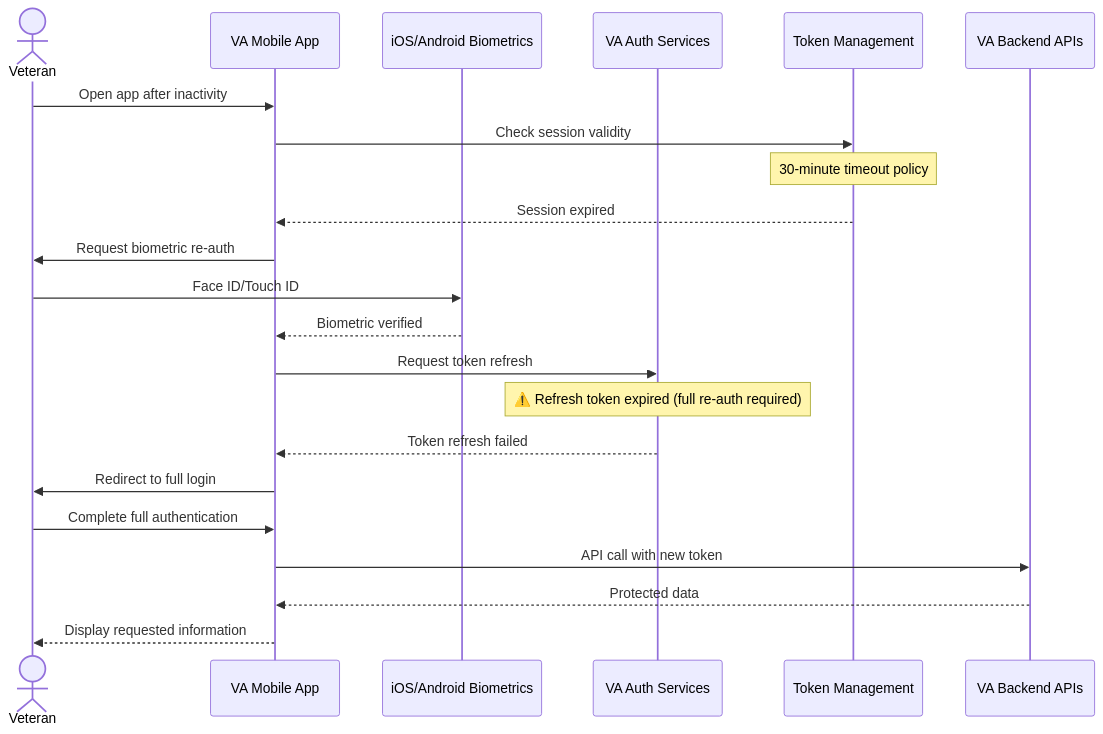
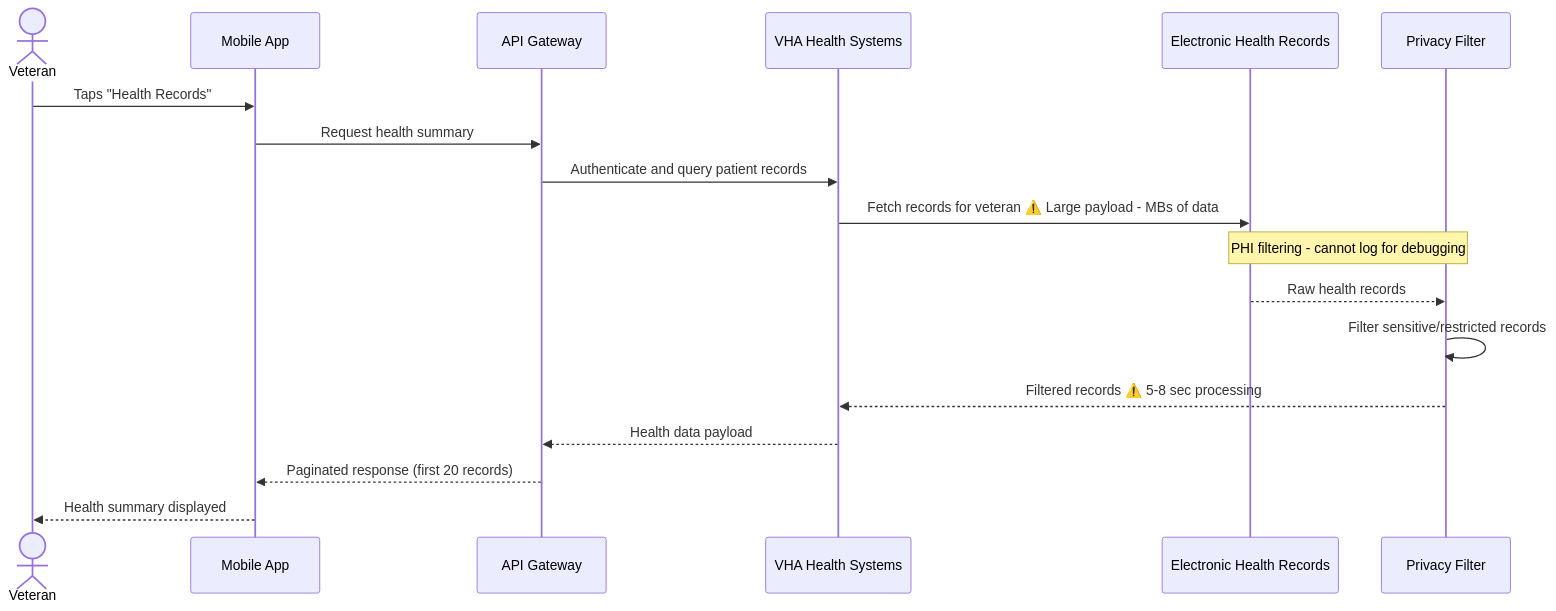
The fourth of 5 diagrams in beta-test/product-team-1/research/2027 VA Health and Benefits Mobile App Navigation Study/primary-research/01-planning/stakeholder-interviews/2027 VA Health and Benefits Mobile App Navigation Study_stakeholder_synthesis_February 10, 2026.md (friends-innovation-lab/qori-slack), drawn with Mermaid before and after one commit. The commit also changed other lines of this file, not shown here.

Commit message:
chore: add beta-test/product-team-1/research/2027 VA Health and Benefits Mobile App Navigation Study/primary-research/01-planning/stakeholder-interviews/2027 VA Health and Benefits Mobile App Navigation Study_stakeholder_synthesis_February 10, 2026.md

````diff
--- a/beta-test/product-team-1/research/2027 VA Health and Benefits Mobile App Navigation Study/primary-research/01-planning/stakeholder-interviews/2027 VA Health and Benefits Mobile App Navigation Study_stakeholder_synthesis_February 10, 2026.md
+++ b/beta-test/product-team-1/research/2027 VA Health and Benefits Mobile App Navigation Study/primary-research/01-planning/stakeholder-interviews/2027 VA Health and Benefits Mobile App Navigation Study_stakeholder_synthesis_February 10, 2026.md
@@ -199,25 +223,21 @@
 ```mermaid
 sequenceDiagram
     actor Veteran
-    participant MobileApp as VA Mobile App
-    participant BiometricOS as iOS/Android Biometrics
-    participant VAAuth as VA Auth Services
-    participant TokenStore as Token Management
-    participant BackendAPI as VA Backend APIs
+    participant App as Mobile App
+    participant Gateway as API Gateway
+    participant VHA as VHA Health Systems
+    participant EHR as Electronic Health Records
+    participant Privacy as Privacy Filter
     
-    Veteran->>MobileApp: Open app after inactivity
-    MobileApp->>TokenStore: Check session validity
-    Note over TokenStore: 30-minute timeout policy
-    TokenStore-->>MobileApp: Session expired
-    MobileApp->>Veteran: Request biometric re-auth
-    Veteran->>BiometricOS: Face ID/Touch ID
-    BiometricOS-->>MobileApp: Biometric verified
-    MobileApp->>VAAuth: Request token refresh
-    Note over VAAuth: ⚠️ Refresh token expired (full re-auth required)
-    VAAuth-->>MobileApp: Token refresh failed
-    MobileApp->>Veteran: Redirect to full login
-    Veteran->>MobileApp: Complete full authentication
-    MobileApp->>BackendAPI: API call with new token
-    BackendAPI-->>MobileApp: Protected data
-    MobileApp-->>Veteran: Display requested information
+    Veteran->>App: Taps "Health Records"
+    App->>Gateway: Request health summary
+    Gateway->>VHA: Authenticate and query patient records
+    VHA->>EHR: Fetch records for veteran ⚠️ Large payload - MBs of data
+    Note over EHR,Privacy: PHI filtering - cannot log for debugging
+    EHR-->>Privacy: Raw health records
+    Privacy->>Privacy: Filter sensitive/restricted records
+    Privacy-->>VHA: Filtered records ⚠️ 5-8 sec processing
+    VHA-->>Gateway: Health data payload
+    Gateway-->>App: Paginated response (first 20 records)
+    App-->>Veteran: Health summary displayed
 ```
````
